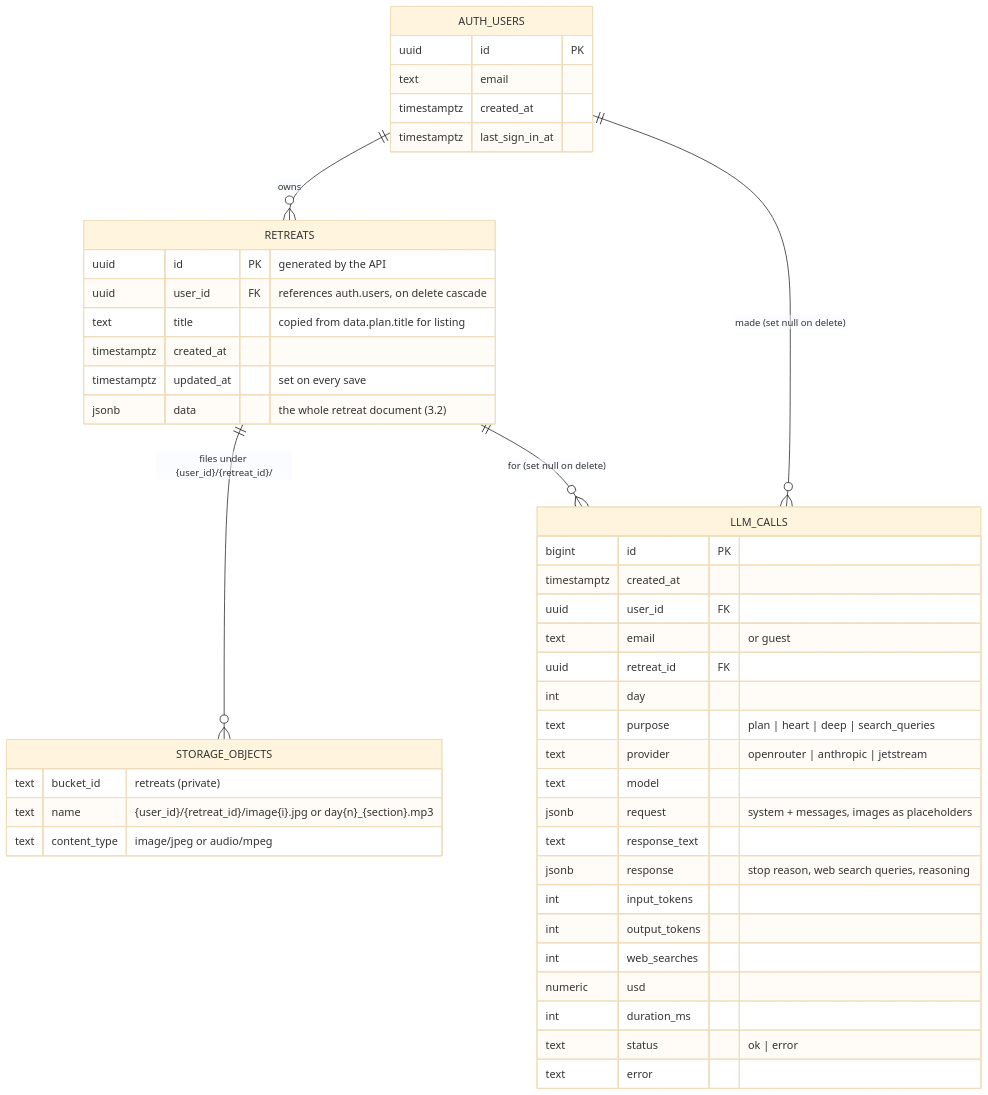
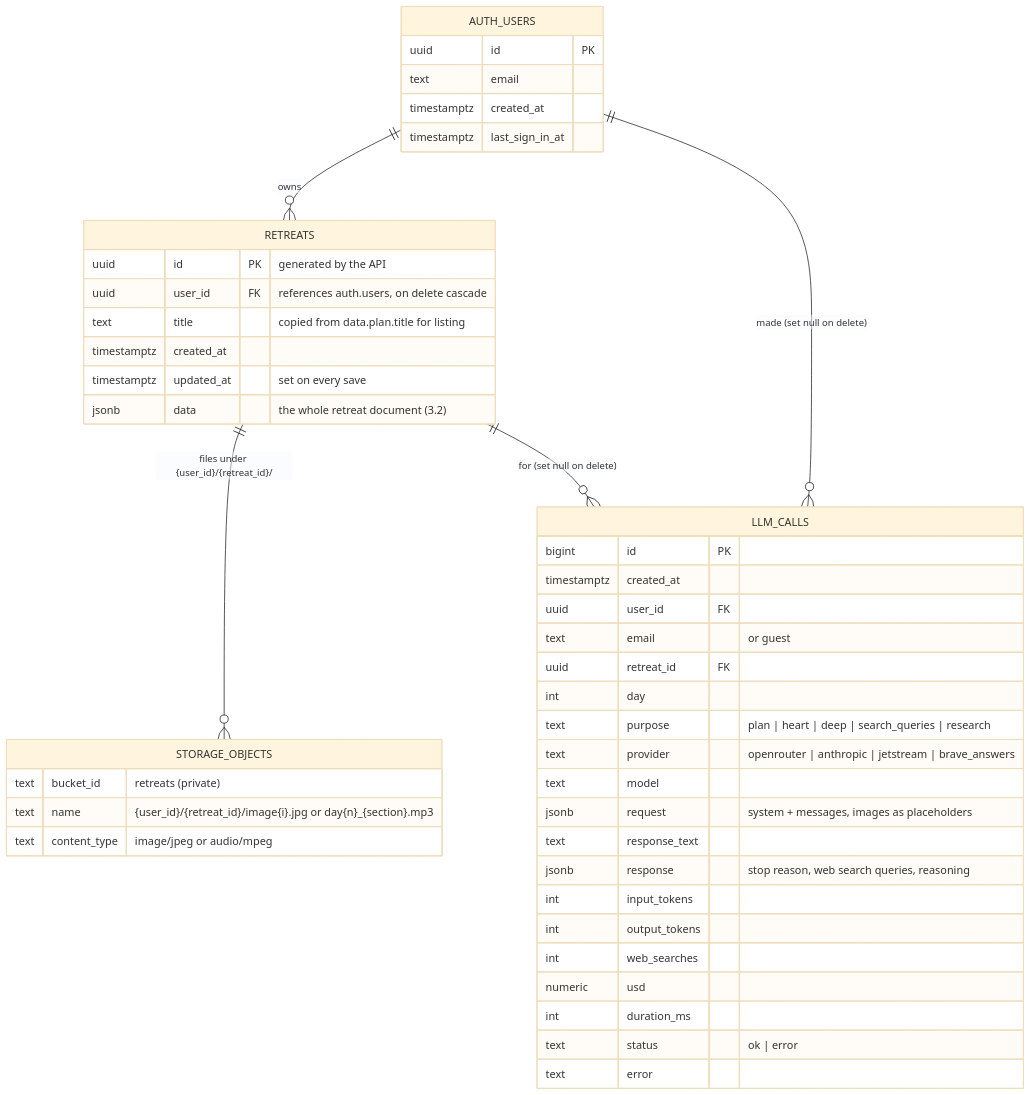
One commit to bcollier/ignatius-hw4-api changed the fourth of 19 diagrams in docs/ARCHITECTURE.md. Above: the diagram before and after it, drawn with Mermaid (base theme). The commit also changed other lines of this file and 11 other files, not shown here.

First line of the commit message:
Free-mode research with Exa, Brave Search or Brave Answers as well as Tavily

````diff
--- a/docs/ARCHITECTURE.md
+++ b/docs/ARCHITECTURE.md
@@ -138,48 +138,48 @@
 ```mermaid
 erDiagram
     AUTH_USERS ||--o{ RETREATS : owns
     RETREATS ||--o{ STORAGE_OBJECTS : "files under {user_id}/{retreat_id}/"
     AUTH_USERS ||--o{ LLM_CALLS : "made (set null on delete)"
     RETREATS ||--o{ LLM_CALLS : "for (set null on delete)"
 
     AUTH_USERS {
         uuid id PK
         text email
         timestamptz created_at
         timestamptz last_sign_in_at
     }
     RETREATS {
         uuid id PK "generated by the API"
         uuid user_id FK "references auth.users, on delete cascade"
         text title "copied from data.plan.title for listing"
         timestamptz created_at
         timestamptz updated_at "set on every save"
         jsonb data "the whole retreat document (3.2)"
     }
     LLM_CALLS {
         bigint id PK
         timestamptz created_at
         uuid user_id FK
         text email "or guest"
         uuid retreat_id FK
         int day
-        text purpose "plan | heart | deep | search_queries"
-        text provider "openrouter | anthropic | jetstream"
+        text purpose "plan | heart | deep | search_queries | research"
+        text provider "openrouter | anthropic | jetstream | brave_answers"
         text model
         jsonb request "system + messages, images as placeholders"
         text response_text
         jsonb response "stop reason, web search queries, reasoning"
         int input_tokens
         int output_tokens
         int web_searches
         numeric usd
         int duration_ms
         text status "ok | error"
         text error
     }
     STORAGE_OBJECTS {
         text bucket_id "retreats (private)"
         text name "{user_id}/{retreat_id}/image{i}.jpg or day{n}_{section}.mp3"
         text content_type "image/jpeg or audio/mpeg"
     }
 ```
````
